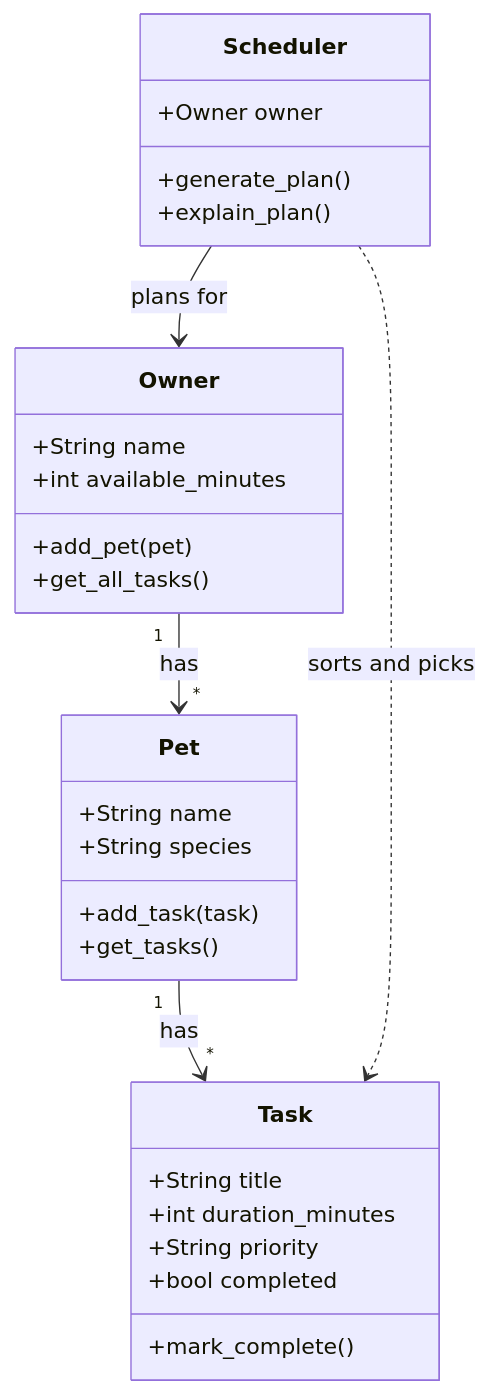
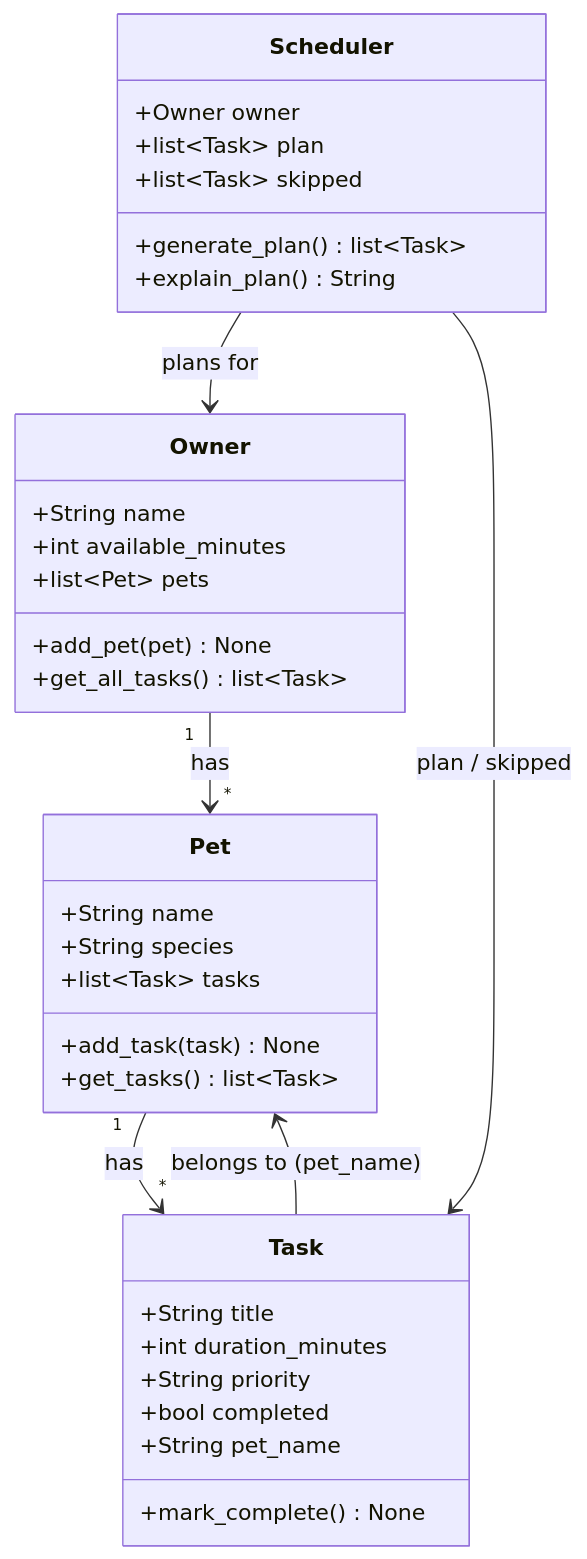
One commit to amberdemir/ai110-module2show-pawpal-starter changed the diagram in diagrams/uml_draft.mmd. Above: the diagram before and after it, drawn with Mermaid. The commit also changed 1 other file, not shown here.

```diff
--- a/diagrams/uml_draft.mmd
+++ b/diagrams/uml_draft.mmd
@@ -1,29 +1,35 @@
 classDiagram
   class Owner {
     +String name
     +int available_minutes
-    +add_pet(pet)
-    +get_all_tasks()
+    +list~Pet~ pets
+    +add_pet(pet) None
+    +get_all_tasks() list~Task~
   }
   class Pet {
     +String name
     +String species
-    +add_task(task)
-    +get_tasks()
+    +list~Task~ tasks
+    +add_task(task) None
+    +get_tasks() list~Task~
   }
   class Task {
     +String title
     +int duration_minutes
     +String priority
     +bool completed
-    +mark_complete()
+    +String pet_name
+    +mark_complete() None
   }
   class Scheduler {
     +Owner owner
-    +generate_plan()
-    +explain_plan()
+    +list~Task~ plan
+    +list~Task~ skipped
+    +generate_plan() list~Task~
+    +explain_plan() String
   }
   Owner "1" --> "*" Pet : has
   Pet "1" --> "*" Task : has
+  Task --> Pet : belongs to (pet_name)
   Scheduler --> Owner : plans for
-  Scheduler ..> Task : sorts and picks
+  Scheduler --> Task : plan / skipped
```
